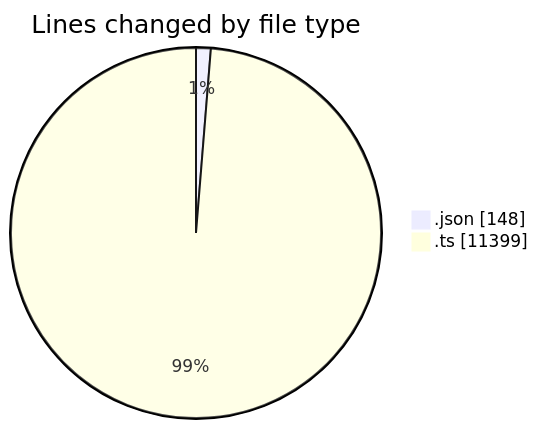
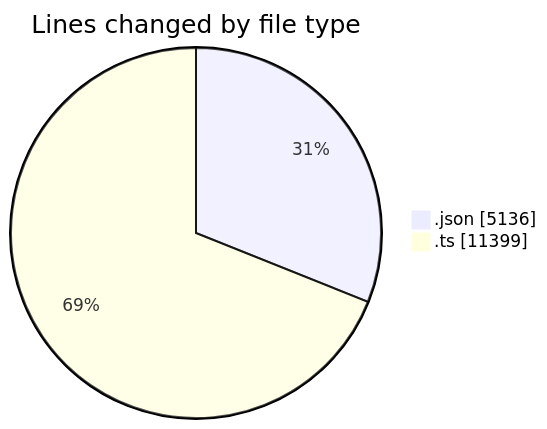
One commit to yexinjia/code-tracking changed the first of 2 diagrams in 2026-10-17/repo-copilot/README.md. Above: the diagram before and after it, drawn with Mermaid. The commit also changed other lines of this file and 1 other file, not shown here.

````diff
--- a/2026-10-17/repo-copilot/README.md
+++ b/2026-10-17/repo-copilot/README.md
@@ -21,6 +23,6 @@
 ```mermaid
 pie showData
 title Lines changed by file type
-".json" : 148
+".json" : 5136
 ".ts" : 11399
 ```
````
